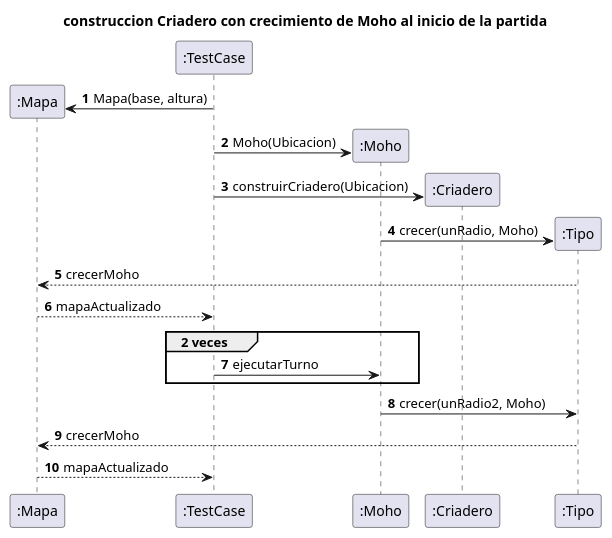
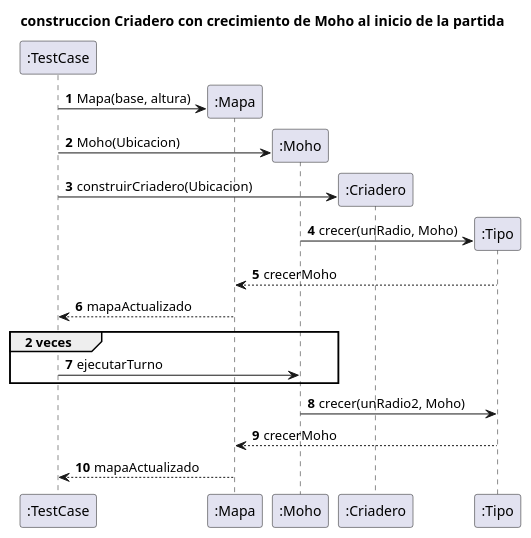
One commit to nicolasgirardi/algo3_TP2_AlgoStar changed the diagram in diagrams/sequences/CasoDeUso6.puml. Above: the diagram before and after it, drawn with PlantUML. The commit also changed 1 other file, not shown here.

Commit message:
Actualizo diagramas

```diff
--- a/diagrams/sequences/CasoDeUso6.puml
+++ b/diagrams/sequences/CasoDeUso6.puml
@@ -1,28 +1,29 @@
 @startuml
 'https://plantuml.com/sequence-diagram
 title construccion Criadero con crecimiento de Moho al inicio de la partida
 autonumber
+create ":TestCase"
 create ":Mapa"
 ":TestCase" -> ":Mapa": Mapa(base, altura)
 create ":Moho"
 ":TestCase" -> ":Moho": Moho(Ubicacion)
 create ":Criadero"
 ":TestCase" -> ":Criadero": construirCriadero(Ubicacion)
 
 create ":Tipo"
 ":Moho" -> ":Tipo": crecer(unRadio, Moho)
 
 ":Tipo" --> ":Mapa": crecerMoho
 
 ":Mapa" --> ":TestCase": mapaActualizado
 group 2 veces
       ":TestCase" -> ":Moho": ejecutarTurno
 end
 ":Moho" -> ":Tipo": crecer(unRadio2, Moho)
 ":Tipo" --> ":Mapa": crecerMoho
 ":Mapa" --> ":TestCase": mapaActualizado
 
 
 
 
 @enduml
```
